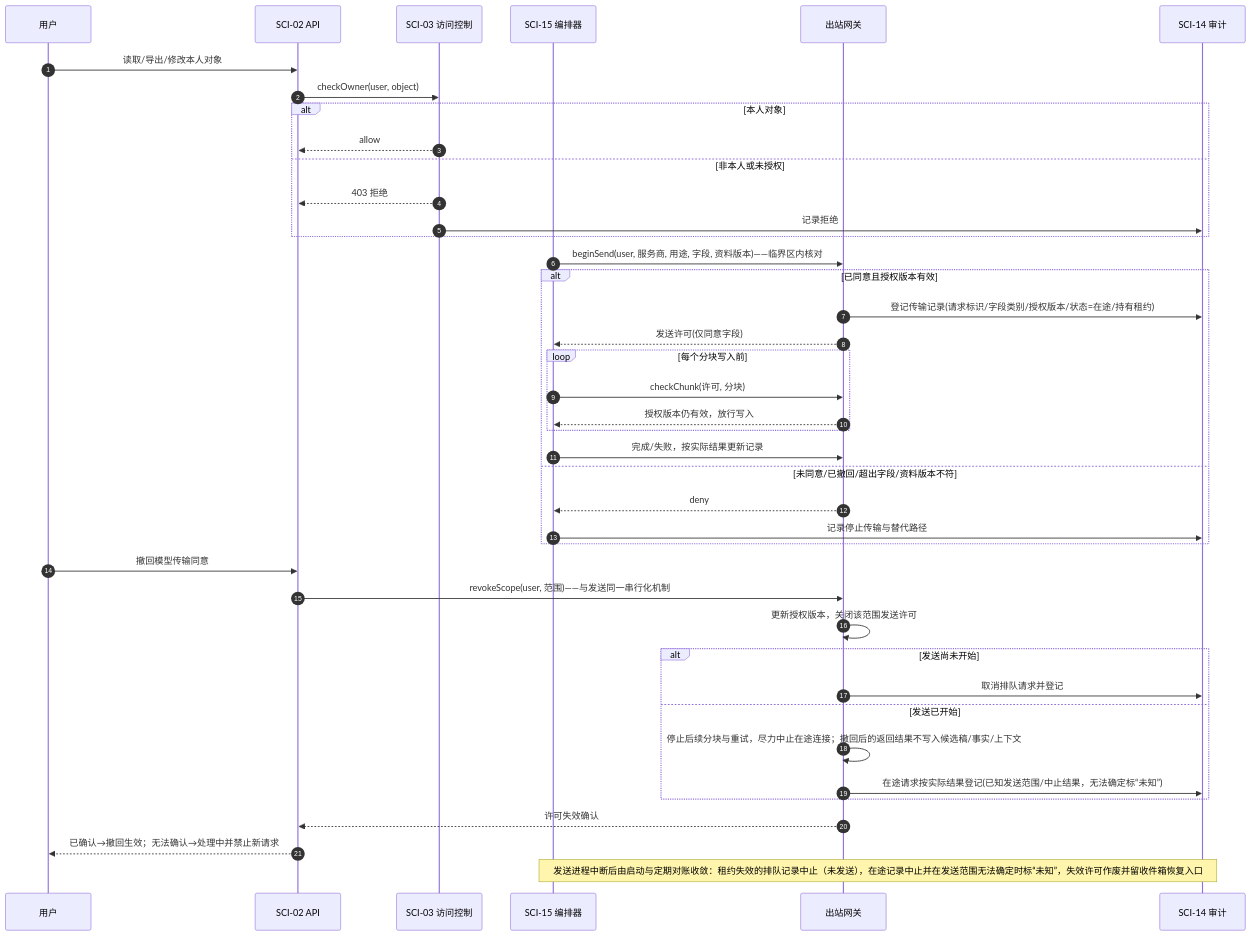
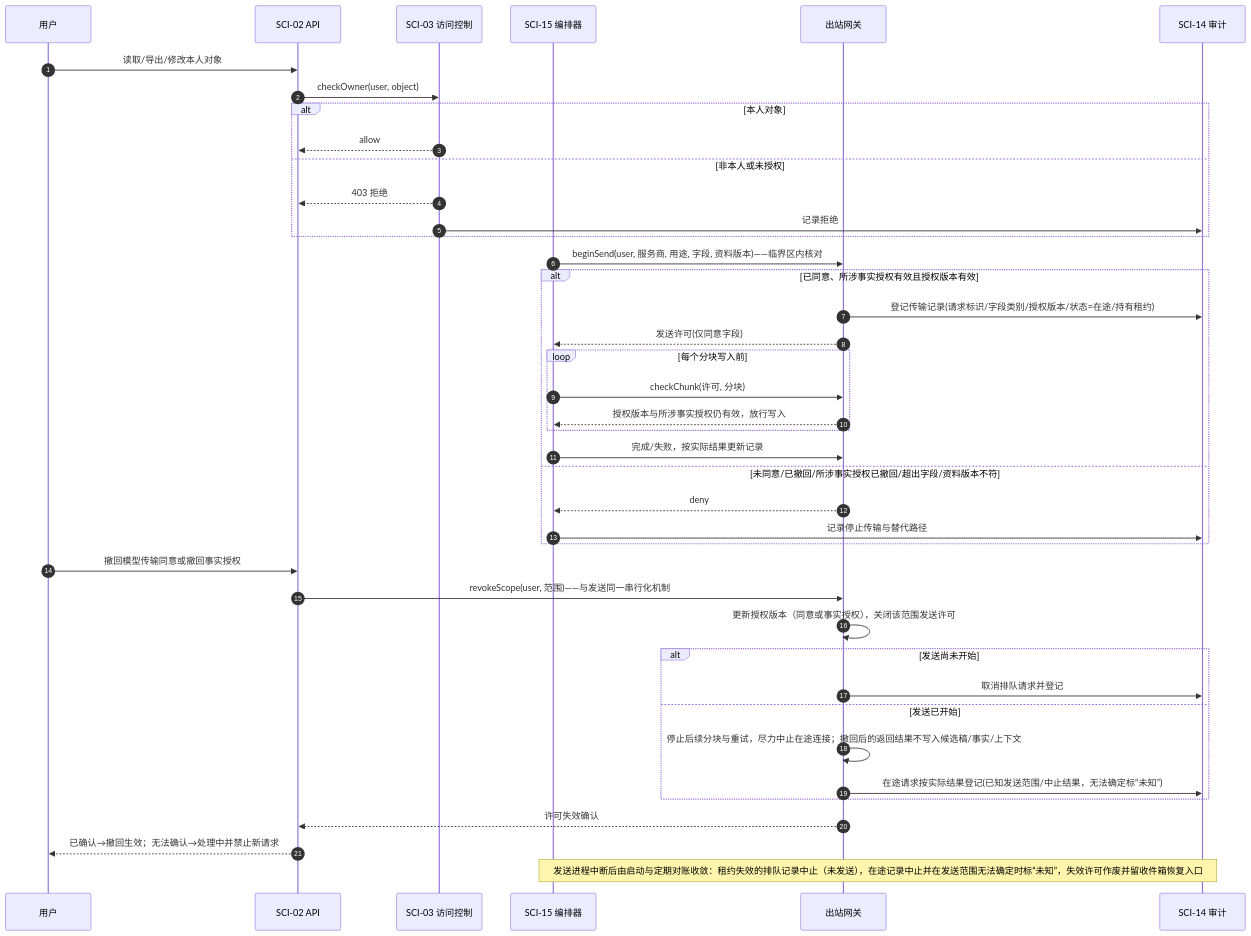
One commit to LotteryCamp/OfferPilot changed diagram 18 of 23 in docs/design/system-design/offerpilot-system-design.md. Above: the diagram before and after it, drawn with Mermaid. The commit also changed other lines of this file and 1 other file, not shown here.

````diff
--- a/docs/design/system-design/offerpilot-system-design.md
+++ b/docs/design/system-design/offerpilot-system-design.md
@@ -1511,43 +1512,43 @@
 ```mermaid
 sequenceDiagram
     autonumber
     participant USR as 用户
     participant API as SCI-02 API
     participant AU as SCI-03 访问控制
     participant AG as SCI-15 编排器
     participant GW as 出站网关
     participant AUD as SCI-14 审计
     USR->>API: 读取/导出/修改本人对象
     API->>AU: checkOwner(user, object)
     alt 本人对象
         AU-->>API: allow
     else 非本人或未授权
         AU-->>API: 403 拒绝
         AU->>AUD: 记录拒绝
     end
     AG->>GW: beginSend(user, 服务商, 用途, 字段, 资料版本)——临界区内核对
-    alt 已同意且授权版本有效
+    alt 已同意、所涉事实授权有效且授权版本有效
         GW->>AUD: 登记传输记录(请求标识/字段类别/授权版本/状态=在途/持有租约)
         GW-->>AG: 发送许可(仅同意字段)
         loop 每个分块写入前
             AG->>GW: checkChunk(许可, 分块)
-            GW-->>AG: 授权版本仍有效，放行写入
+            GW-->>AG: 授权版本与所涉事实授权仍有效，放行写入
         end
         AG->>GW: 完成/失败，按实际结果更新记录
-    else 未同意/已撤回/超出字段/资料版本不符
+    else 未同意/已撤回/所涉事实授权已撤回/超出字段/资料版本不符
         GW-->>AG: deny
         AG->>AUD: 记录停止传输与替代路径
     end
-    USR->>API: 撤回模型传输同意
+    USR->>API: 撤回模型传输同意或撤回事实授权
     API->>GW: revokeScope(user, 范围)——与发送同一串行化机制
-    GW->>GW: 更新授权版本，关闭该范围发送许可
+    GW->>GW: 更新授权版本（同意或事实授权），关闭该范围发送许可
     alt 发送尚未开始
         GW->>AUD: 取消排队请求并登记
     else 发送已开始
         GW->>GW: 停止后续分块与重试，尽力中止在途连接；撤回后的返回结果不写入候选稿/事实/上下文
         GW->>AUD: 在途请求按实际结果登记(已知发送范围/中止结果，无法确定标“未知”)
     end
     GW-->>API: 许可失效确认
     API-->>USR: 已确认→撤回生效；无法确认→处理中并禁止新请求
     note over AG,AUD: 发送进程中断后由启动与定期对账收敛：租约失效的排队记录中止（未发送），在途记录中止并在发送范围无法确定时标“未知”，失效许可作废并留收件箱恢复入口
 ```
````
